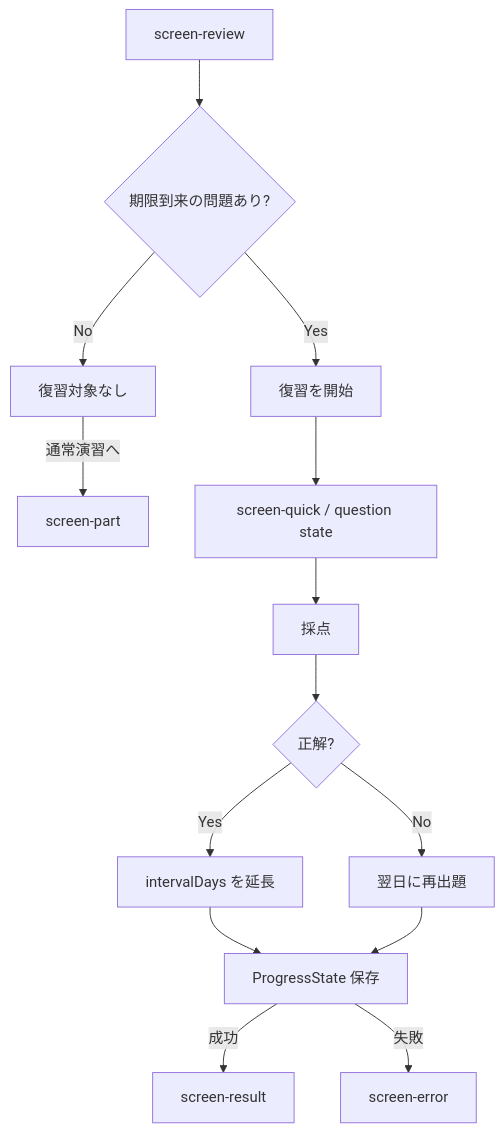
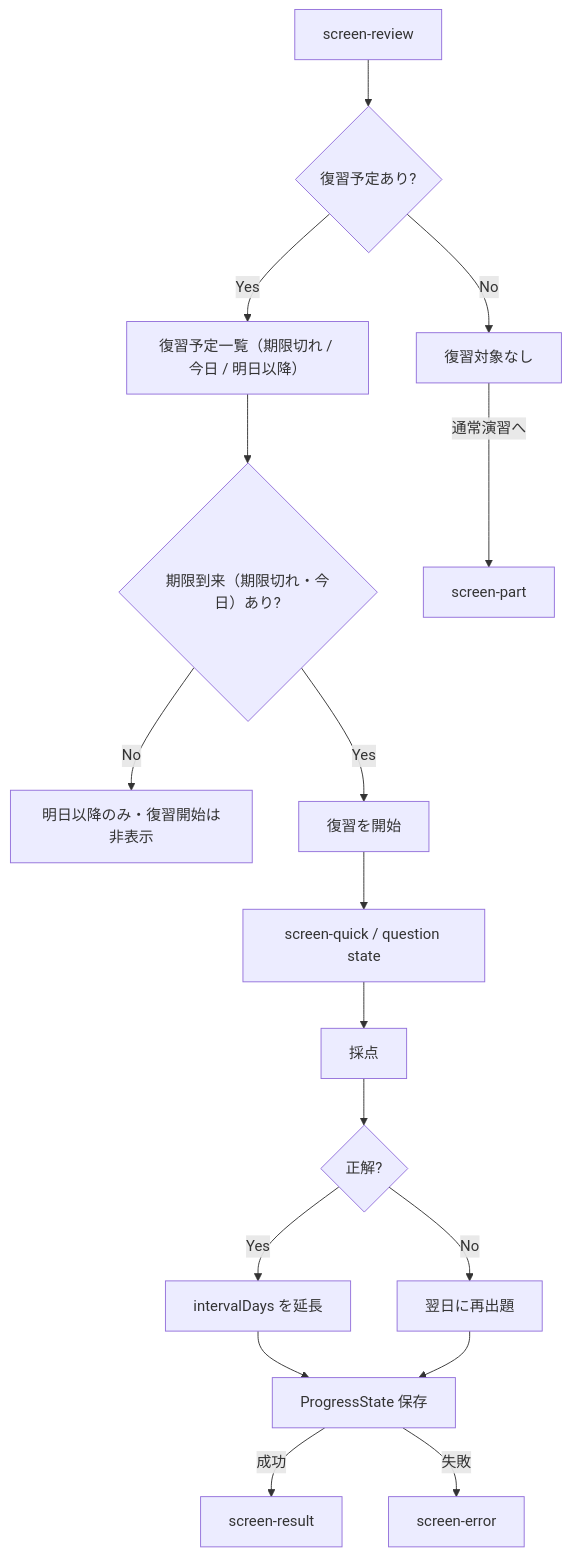
Before and after one commit to komavideo/nextjs-toeic: the fourth of 5 diagrams in docs/WIREFLOW.md, drawn with Mermaid. The commit also changed other lines of this file and 4 other files, not shown here.

````diff
--- a/docs/WIREFLOW.md
+++ b/docs/WIREFLOW.md
@@ -137,30 +137,36 @@
 ```mermaid
 flowchart TD
   Review["screen-review"]
-  Due{"期限到来の問題あり?"}
+  Scheduled{"復習予定あり?"}
+  List["復習予定一覧（期限切れ / 今日 / 明日以降）"]
+  Due{"期限到来（期限切れ・今日）あり?"}
+  Wait["明日以降のみ・復習開始は非表示"]
   EmptyState["復習対象なし"]
   Part["screen-part"]
   Start["復習を開始"]
   Practice["screen-quick / question state"]
   Grade["採点"]
   Correct{"正解?"}
   Extend["intervalDays を延長"]
   Reset["翌日に再出題"]
   Save["ProgressState 保存"]
   Result["screen-result"]
   Error["screen-error"]
 
-  Review --> Due
-  Due -->|No| EmptyState
+  Review --> Scheduled
+  Scheduled -->|No| EmptyState
   EmptyState -->|通常演習へ| Part
+  Scheduled -->|Yes| List
+  List --> Due
+  Due -->|No| Wait
   Due -->|Yes| Start
   Start --> Practice
   Practice --> Grade
   Grade --> Correct
   Correct -->|Yes| Extend
   Correct -->|No| Reset
   Extend --> Save
   Reset --> Save
   Save -->|成功| Result
   Save -->|失敗| Error
 ```
````
